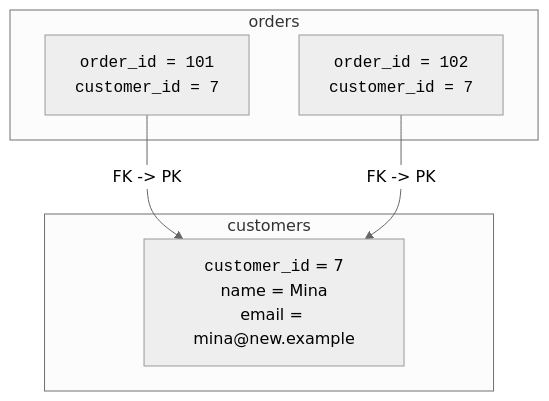
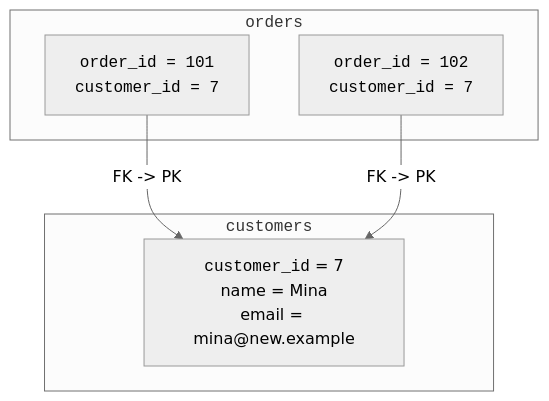
Before and after one commit to dataslope/dataslope: the fourth of 7 diagrams in content/learn/database-design-postgresql/foreign-keys.mdx, drawn with Mermaid (neutral theme). The commit also changed other lines of this file and 46 other files, not shown here.

First line of the commit message:
Wrap code in mermaid edge labels + entity/table names in DB diagrams

````diff
--- a/content/learn/database-design-postgresql/foreign-keys.mdx
+++ b/content/learn/database-design-postgresql/foreign-keys.mdx
@@ -63,12 +63,12 @@
 ```mermaid
 flowchart TB
-    subgraph customers["customers"]
+    subgraph customers["<code>customers</code>"]
         C1["<code>customer_id</code> = 7<br/>name = Mina<br/>email = mina@new.example"]
     end
-    subgraph orders["orders"]
+    subgraph orders["<code>orders</code>"]
         O1["<code>order_id = 101<br/>customer_id = 7</code>"]
         O2["<code>order_id = 102<br/>customer_id = 7</code>"]
     end
     O1 -->|"FK -> PK"| C1
     O2 -->|"FK -> PK"| C1
 ```
````
